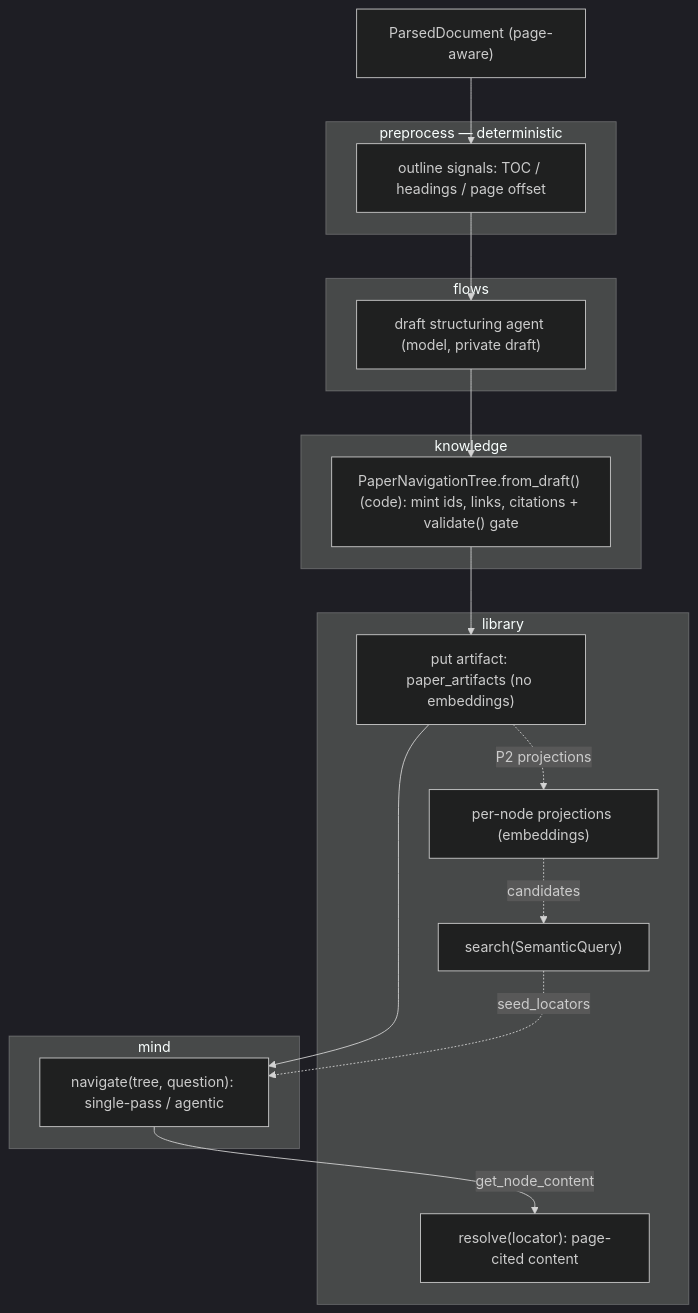
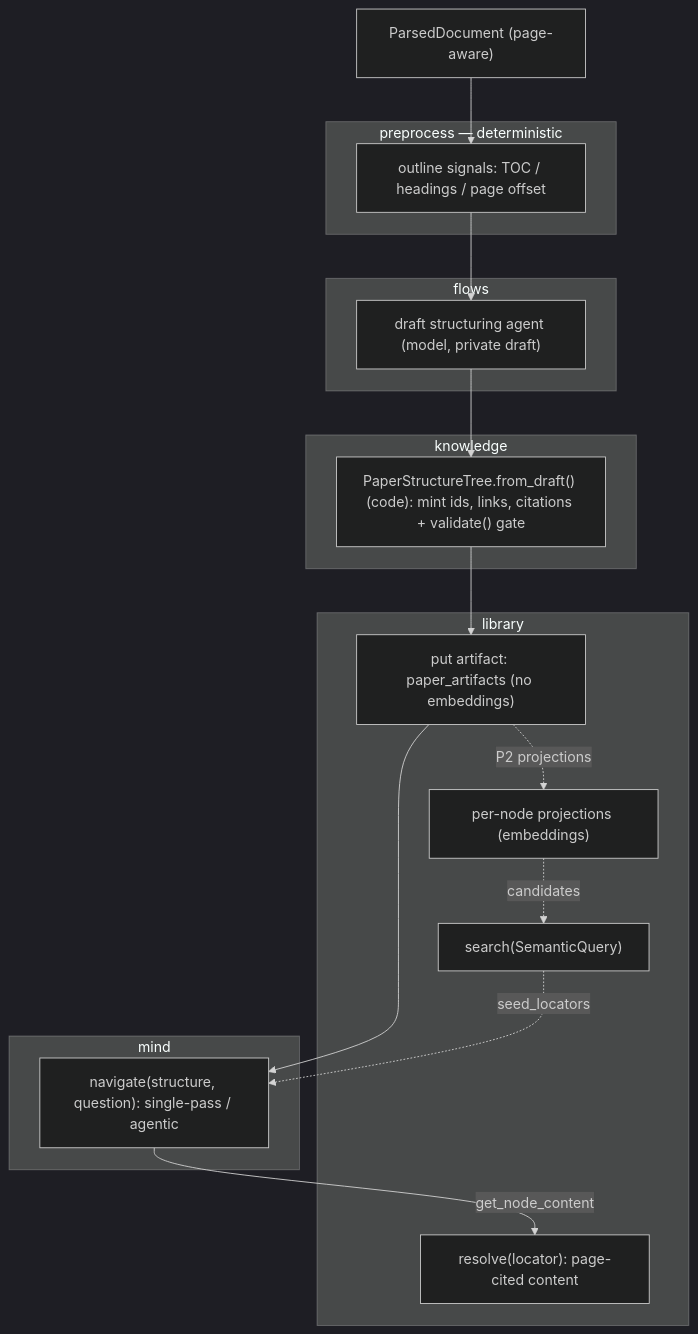
The first of 2 diagrams in contexts/design/mind/navigation.md (LLMQuant/quant-mind), drawn with Mermaid (dark theme) before and after one commit. The commit also changed other lines of this file and 4 other files, not shown here.

First line of the commit message:
docs(design): rename NavigationTree -> StructureTree

````diff
--- a/contexts/design/mind/navigation.md
+++ b/contexts/design/mind/navigation.md
@@ -59,31 +59,31 @@
 ```mermaid
 flowchart TD
     PD["ParsedDocument (page-aware)"]
     subgraph PRE["preprocess — deterministic"]
         OUT["outline signals: TOC / headings / page offset"]
     end
     subgraph FLW["flows"]
         DRAFT["draft structuring agent (model, private draft)"]
     end
     subgraph KNW["knowledge"]
-        FD["PaperNavigationTree.from_draft() (code): mint ids, links, citations + validate() gate"]
+        FD["PaperStructureTree.from_draft() (code): mint ids, links, citations + validate() gate"]
     end
     subgraph LIB["library"]
         PUT["put artifact: paper_artifacts (no embeddings)"]
         PROJ["per-node projections (embeddings)"]
         SRCH["search(SemanticQuery)"]
         RES["resolve(locator): page-cited content"]
     end
     subgraph MND["mind"]
-        NAV["navigate(tree, question): single-pass / agentic"]
+        NAV["navigate(structure, question): single-pass / agentic"]
     end
     PD --> OUT
     OUT --> DRAFT
     DRAFT --> FD
     FD --> PUT
     PUT --> NAV
     NAV -->|get_node_content| RES
     PUT -.->|P2 projections| PROJ
     PROJ -.->|candidates| SRCH
     SRCH -.->|seed_locators| NAV
 ```
````
